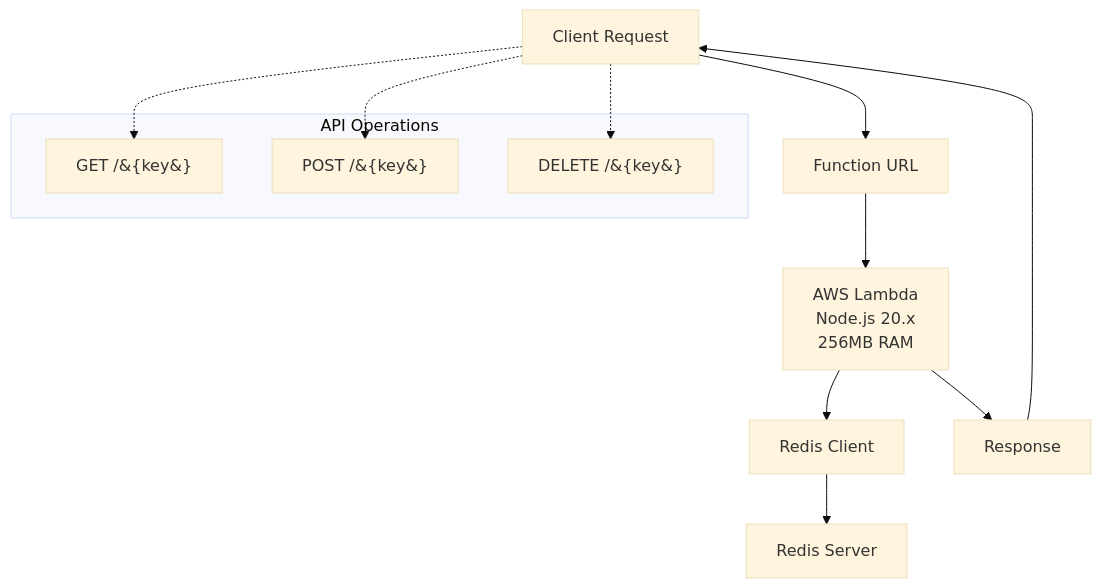
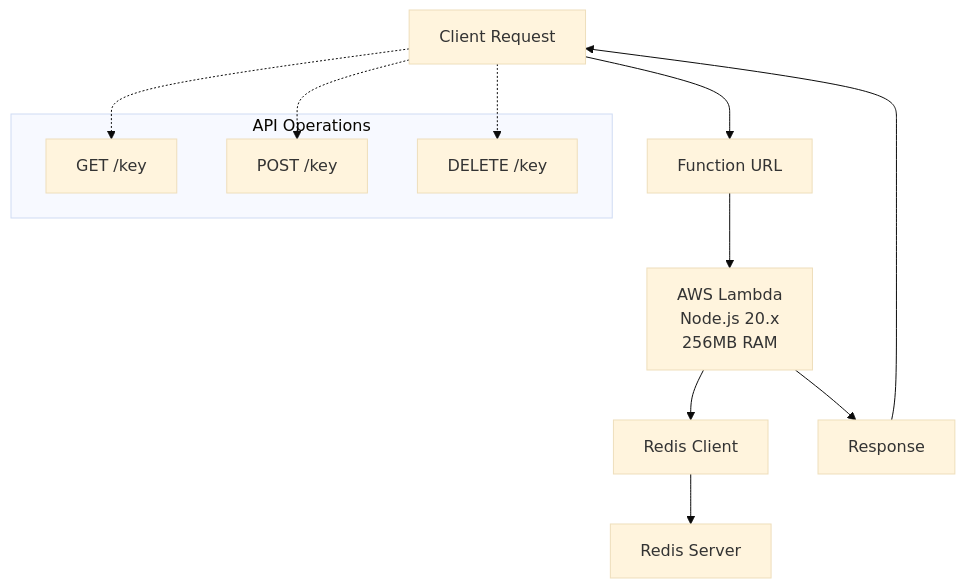
Before and after one commit to FazlOmar9/Serverless-Redis-API: the diagram in README.md, drawn with Mermaid (base theme).

````diff
--- a/README.md
+++ b/README.md
@@ -13,22 +13,22 @@
 ```mermaid
 graph TD
     %% Main architecture flow
     A[Client Request] --> B[Function URL]
     B --> C[AWS Lambda<br>Node.js 20.x<br>256MB RAM]
     C --> D[Redis Client]
     D --> E[Redis Server]
     C --> F[Response]
     F --> A
 
     %% API Operations as subgraph
     subgraph API_Operations ["API Operations"]
-        G[GET /&#123;key&#125;]
-        H[POST /&#123;key&#125;]
-        I[DELETE /&#123;key&#125;]
+        G[GET /key]
+        H[POST /key]
+        I[DELETE /key]
     end
 
     %% Dashed arrows from client to API ops
     A -.-> G
     A -.-> H
     A -.-> I
 ```
````
